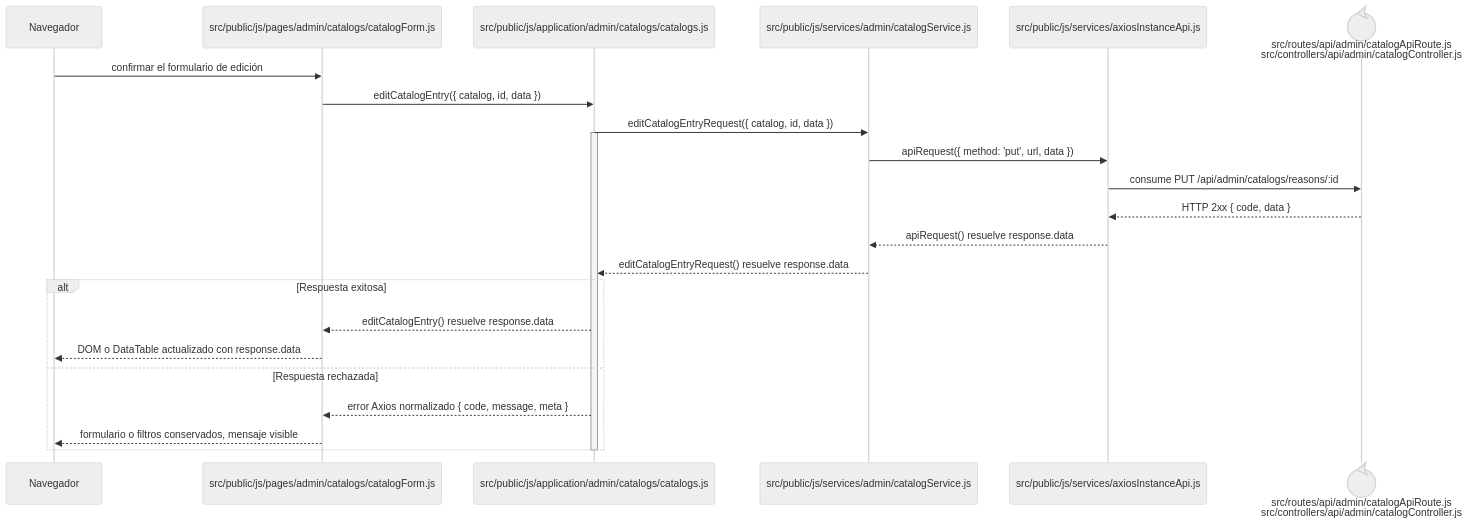
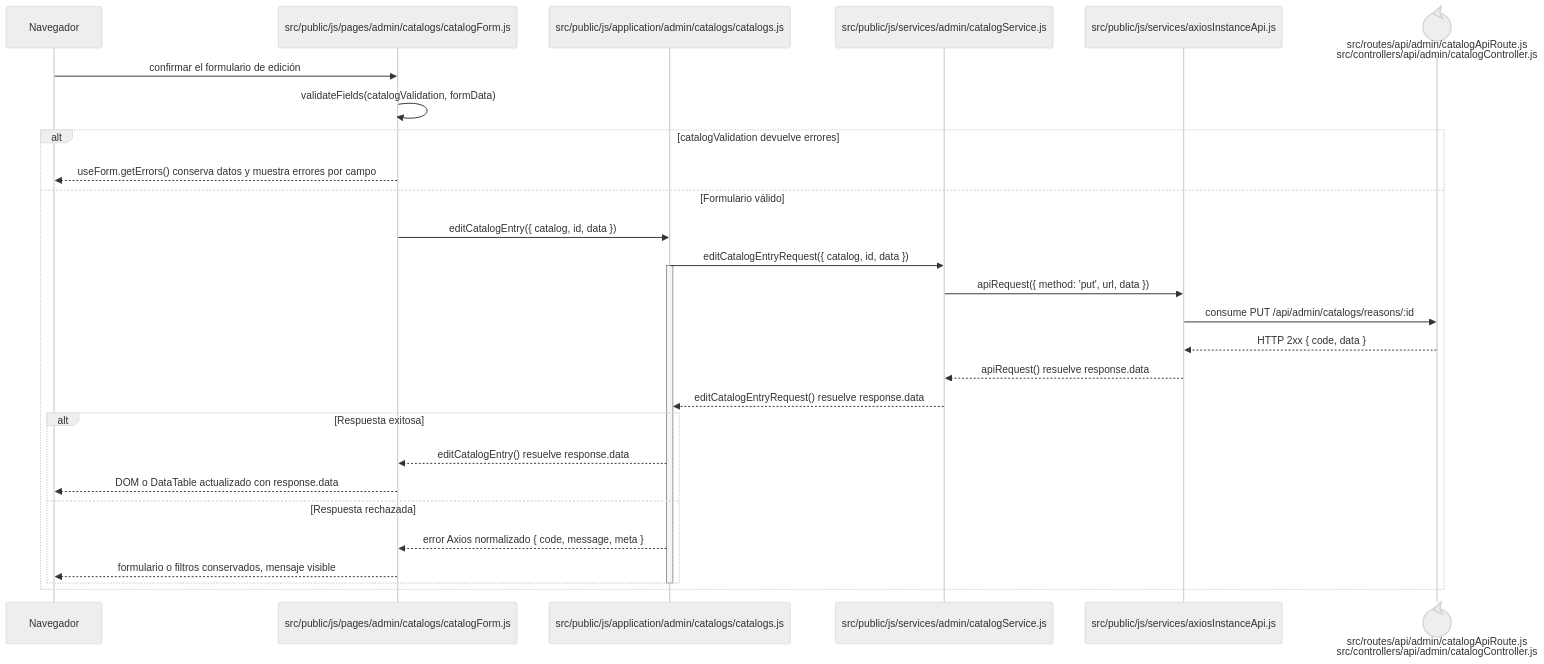
Before and after one commit to gpgsistemas01/nexus: the diagram in docs/architecture/frontend-code-sequences/catalogs/cu-cat-23.md, drawn with Mermaid (neutral theme). The commit also changed 102 other files, not shown here.

````diff
--- a/docs/architecture/frontend-code-sequences/catalogs/cu-cat-23.md
+++ b/docs/architecture/frontend-code-sequences/catalogs/cu-cat-23.md
@@ -6,27 +6,32 @@
 ```mermaid
 sequenceDiagram
     participant Browser as Navegador
     participant View as src/public/js/pages/admin/catalogs/catalogForm.js
     participant Application as src/public/js/application/admin/catalogs/catalogs.js
     participant Request as src/public/js/services/admin/catalogService.js
     participant HTTP as src/public/js/services/axiosInstanceApi.js
     participant Transport@{ "type": "control" } as src/routes/api/admin/catalogApiRoute.js<br/>src/controllers/api/admin/catalogController.js
 
     Browser->>View: confirmar el formulario de edición
-    View->>Application: editCatalogEntry({ catalog, id, data })
-    Application->>Request: editCatalogEntryRequest({ catalog, id, data })
-    activate Application
-    Request->>HTTP: apiRequest({ method: 'put', url, data })
-    HTTP->>Transport: consume PUT /api/admin/catalogs/reasons/:id
-    Transport-->>HTTP: HTTP 2xx { code, data }
-    HTTP-->>Request: apiRequest() resuelve response.data
-    Request-->>Application: editCatalogEntryRequest() resuelve response.data
-    alt Respuesta exitosa
-        Application-->>View: editCatalogEntry() resuelve response.data
-        View-->>Browser: DOM o DataTable actualizado con response.data
-    else Respuesta rechazada
-        Application-->>View: error Axios normalizado { code, message, meta }
-        View-->>Browser: formulario o filtros conservados, mensaje visible
+    View->>View: validateFields(catalogValidation, formData)
+    alt catalogValidation devuelve errores
+        View-->>Browser: useForm.getErrors() conserva datos y muestra errores por campo
+    else Formulario válido
+        View->>Application: editCatalogEntry({ catalog, id, data })
+        Application->>Request: editCatalogEntryRequest({ catalog, id, data })
+        activate Application
+        Request->>HTTP: apiRequest({ method: 'put', url, data })
+        HTTP->>Transport: consume PUT /api/admin/catalogs/reasons/:id
+        Transport-->>HTTP: HTTP 2xx { code, data }
+        HTTP-->>Request: apiRequest() resuelve response.data
+        Request-->>Application: editCatalogEntryRequest() resuelve response.data
+        alt Respuesta exitosa
+            Application-->>View: editCatalogEntry() resuelve response.data
+            View-->>Browser: DOM o DataTable actualizado con response.data
+        else Respuesta rechazada
+            Application-->>View: error Axios normalizado { code, message, meta }
+            View-->>Browser: formulario o filtros conservados, mensaje visible
+        end
+        deactivate Application
     end
-    deactivate Application
 ```
````
